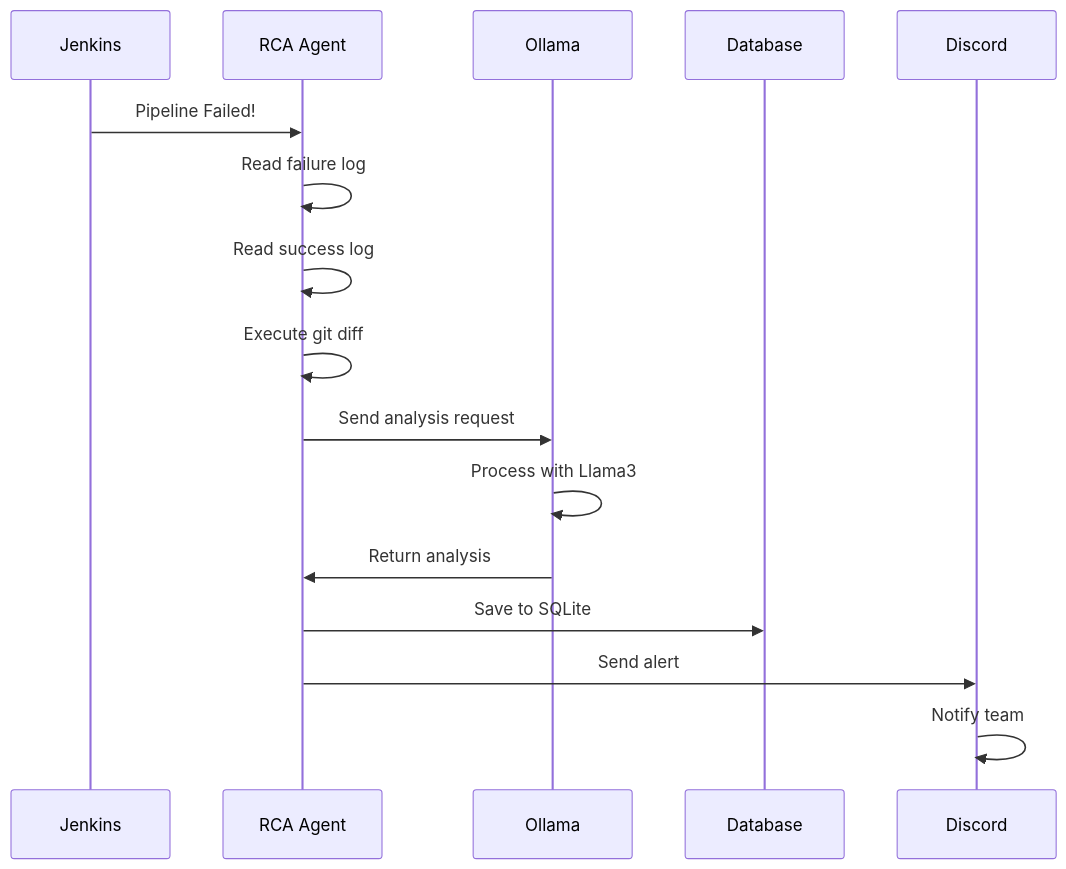
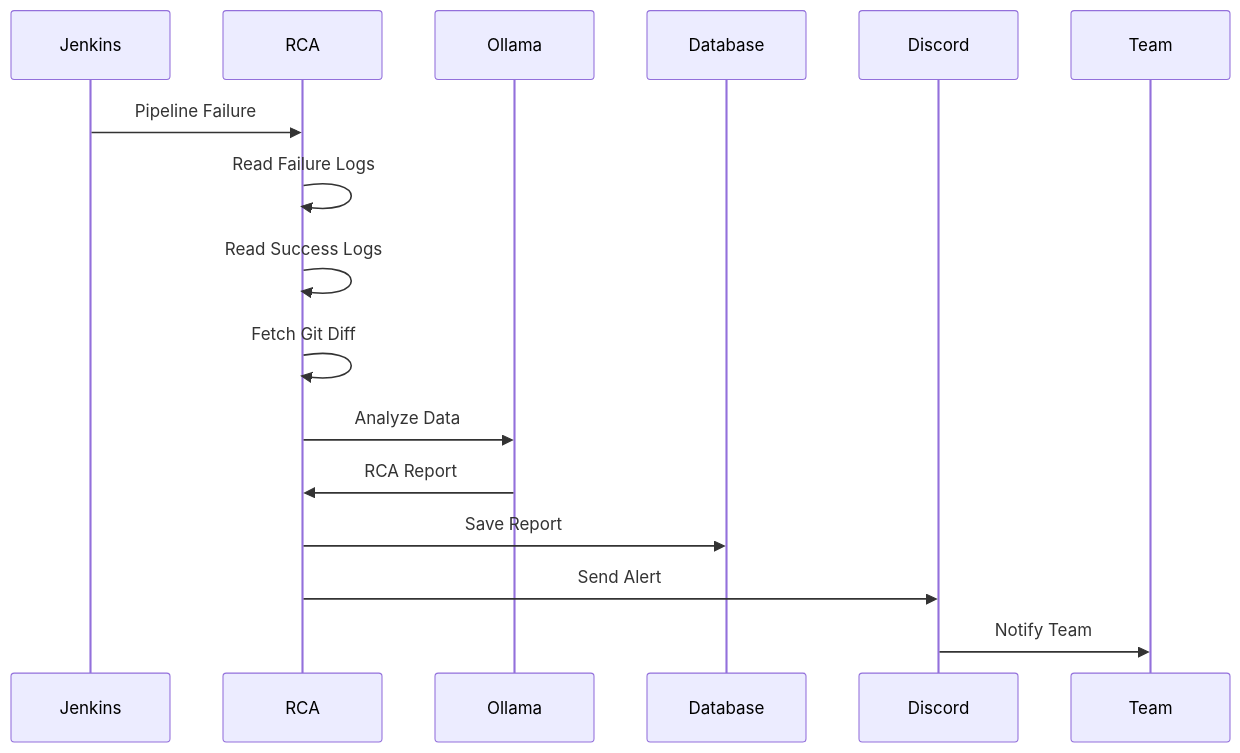
Before and after one commit to S-THAMARAI-SELVAN/RCA_Bot: the second of 2 diagrams in README.md, drawn with Mermaid. The commit also changed other lines of this file, not shown here.

````diff
--- a/README.md
+++ b/README.md
@@ -94,19 +126,27 @@
 ```mermaid
 sequenceDiagram
-    participant J as Jenkins
-    participant A as RCA Agent
-    participant O as Ollama
-    participant D as Database
-    participant DC as Discord
-    
-    J->>A: Pipeline Failed!
-    A->>A: Read failure log
-    A->>A: Read success log
-    A->>A: Execute git diff
-    A->>O: Send analysis request
-    O->>O: Process with Llama3
-    O->>A: Return analysis
-    A->>D: Save to SQLite
-    A->>DC: Send alert
-    DC->>DC: Notify team
+
+participant Jenkins
+participant RCA
+participant Ollama
+participant Database
+participant Discord
+
+Jenkins->>RCA: Pipeline Failure
+
+RCA->>RCA: Read Failure Logs
+
+RCA->>RCA: Read Success Logs
+
+RCA->>RCA: Fetch Git Diff
+
+RCA->>Ollama: Analyze Data
+
+Ollama->>RCA: RCA Report
+
+RCA->>Database: Save Report
+
+RCA->>Discord: Send Alert
+
+Discord->>Team: Notify Team
 ```
````
